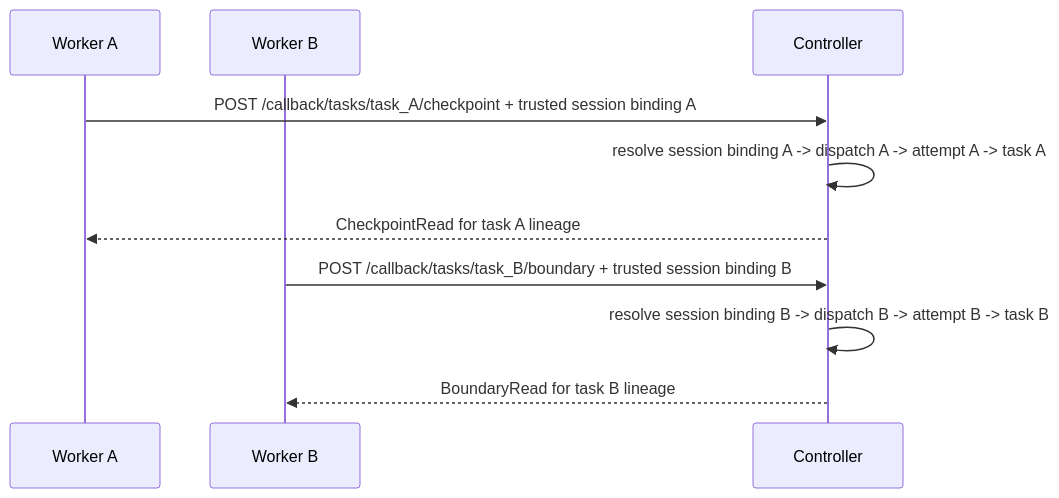
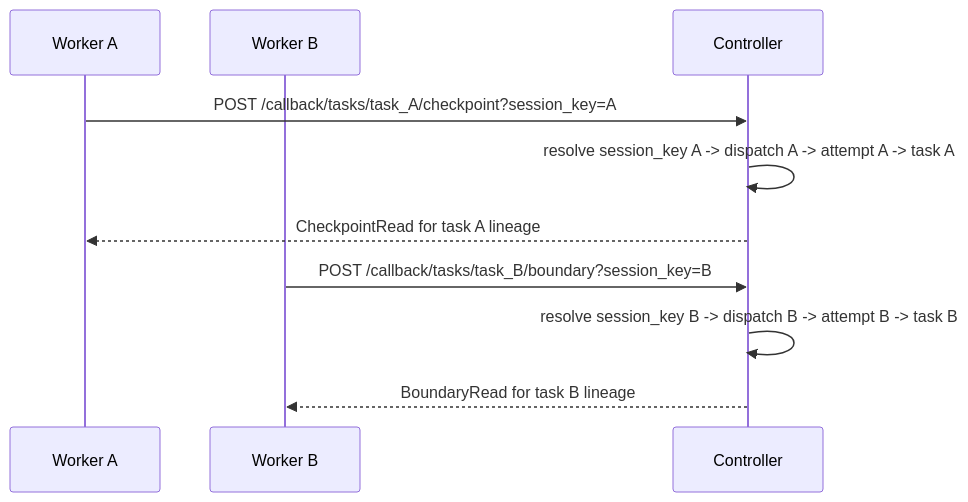
One commit to ringlochid/AutoClaw changed the diagram in docs/redesign/interfaces/api-surface-and-trust-lane-map.md. Above: the diagram before and after it, drawn with Mermaid. The commit also changed other lines of this file and 72 other files, not shown here.

````diff
--- a/docs/redesign/interfaces/api-surface-and-trust-lane-map.md
+++ b/docs/redesign/interfaces/api-surface-and-trust-lane-map.md
@@ -193,14 +198,14 @@
 ```mermaid
 sequenceDiagram
     participant WA as Worker A
     participant WB as Worker B
     participant C as Controller
 
-    WA->>C: POST /callback/tasks/task_A/checkpoint + trusted session binding A
-    C->>C: resolve session binding A -> dispatch A -> attempt A -> task A
+    WA->>C: POST /callback/tasks/task_A/checkpoint?session_key=A
+    C->>C: resolve session_key A -> dispatch A -> attempt A -> task A
     C-->>WA: CheckpointRead for task A lineage
 
-    WB->>C: POST /callback/tasks/task_B/boundary + trusted session binding B
-    C->>C: resolve session binding B -> dispatch B -> attempt B -> task B
+    WB->>C: POST /callback/tasks/task_B/boundary?session_key=B
+    C->>C: resolve session_key B -> dispatch B -> attempt B -> task B
     C-->>WB: BoundaryRead for task B lineage
 ```
````
